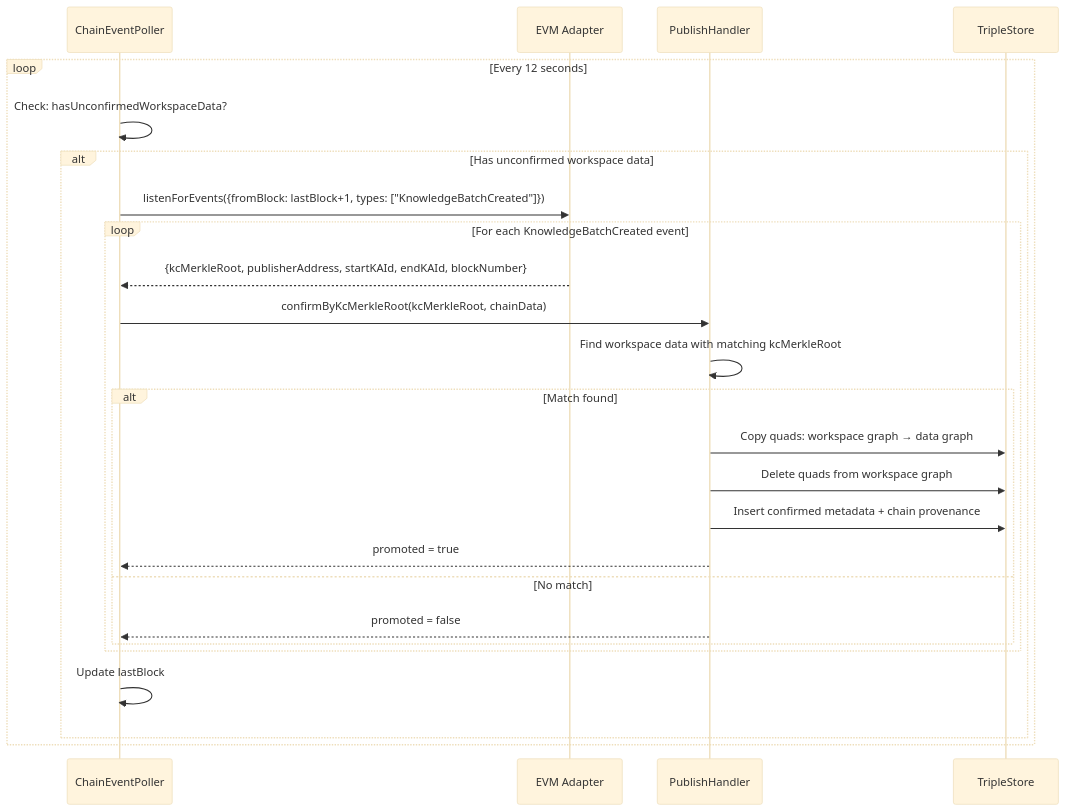
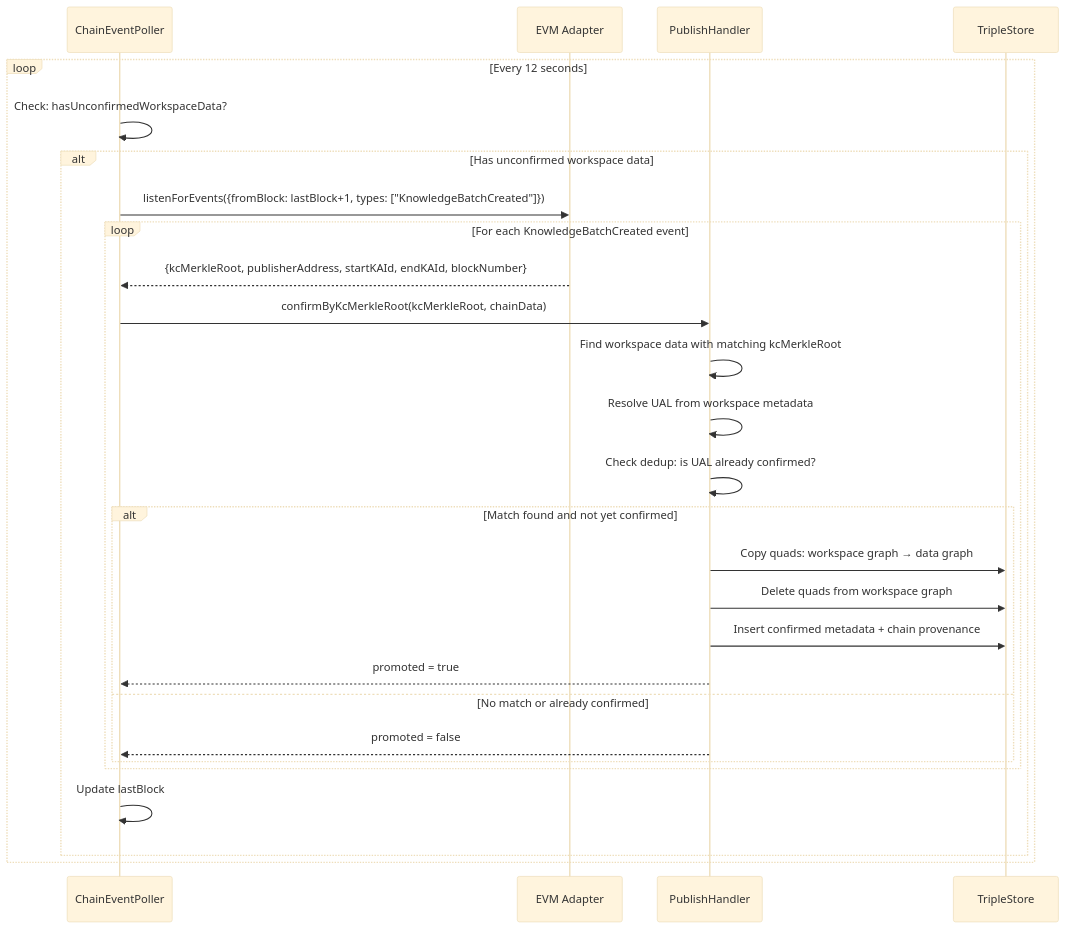
The sixth of 15 diagrams in docs/v9-protocol-operations.md (OriginTrail/dkg-v9), drawn with Mermaid (base theme) before and after one commit. The commit also changed other lines of this file, not shown here.

````diff
--- a/docs/v9-protocol-operations.md
+++ b/docs/v9-protocol-operations.md
@@ -481,30 +529,32 @@
 ```mermaid
 sequenceDiagram
     participant Poller as ChainEventPoller
     participant Chain as EVM Adapter
     participant PH as PublishHandler
     participant Store as TripleStore
 
     loop Every 12 seconds
         Poller->>Poller: Check: hasUnconfirmedWorkspaceData?
         alt Has unconfirmed workspace data
             Poller->>Chain: listenForEvents({fromBlock: lastBlock+1, types: ["KnowledgeBatchCreated"]})
 
             loop For each KnowledgeBatchCreated event
                 Chain-->>Poller: {kcMerkleRoot, publisherAddress, startKAId, endKAId, blockNumber}
                 Poller->>PH: confirmByKcMerkleRoot(kcMerkleRoot, chainData)
                 PH->>PH: Find workspace data with matching kcMerkleRoot
-                alt Match found
+                PH->>PH: Resolve UAL from workspace metadata
+                PH->>PH: Check dedup: is UAL already confirmed?
+                alt Match found and not yet confirmed
                     PH->>Store: Copy quads: workspace graph → data graph
                     PH->>Store: Delete quads from workspace graph
                     PH->>Store: Insert confirmed metadata + chain provenance
                     PH-->>Poller: promoted = true
-                else No match
+                else No match or already confirmed
                     PH-->>Poller: promoted = false
                 end
             end
 
             Poller->>Poller: Update lastBlock
         end
     end
 ```
````
